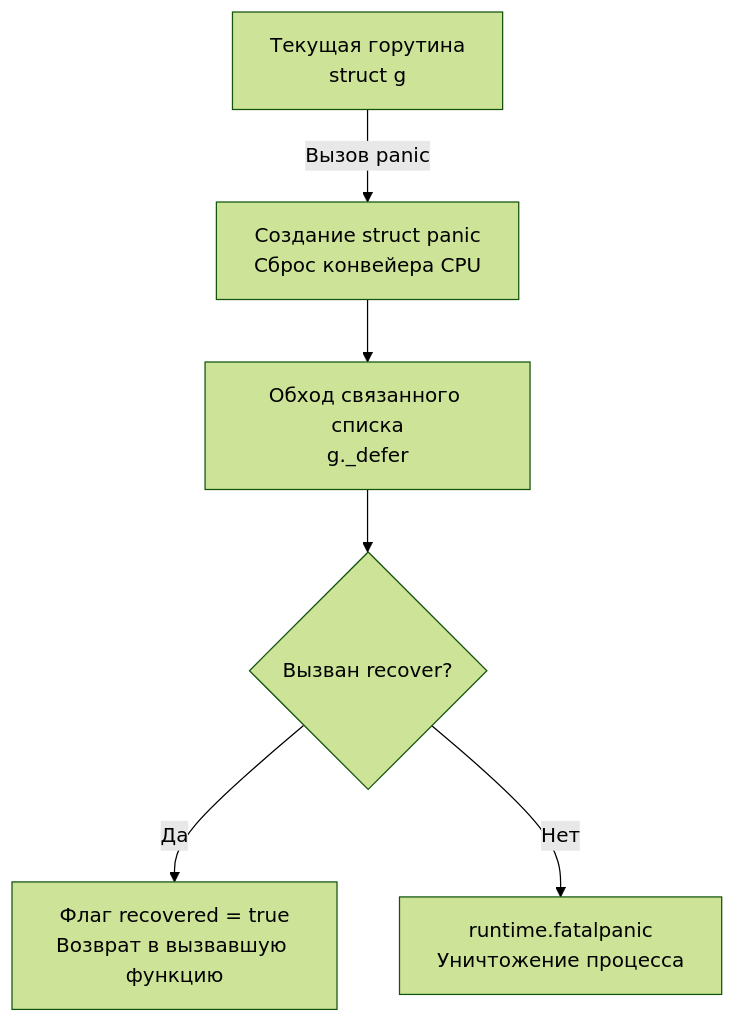
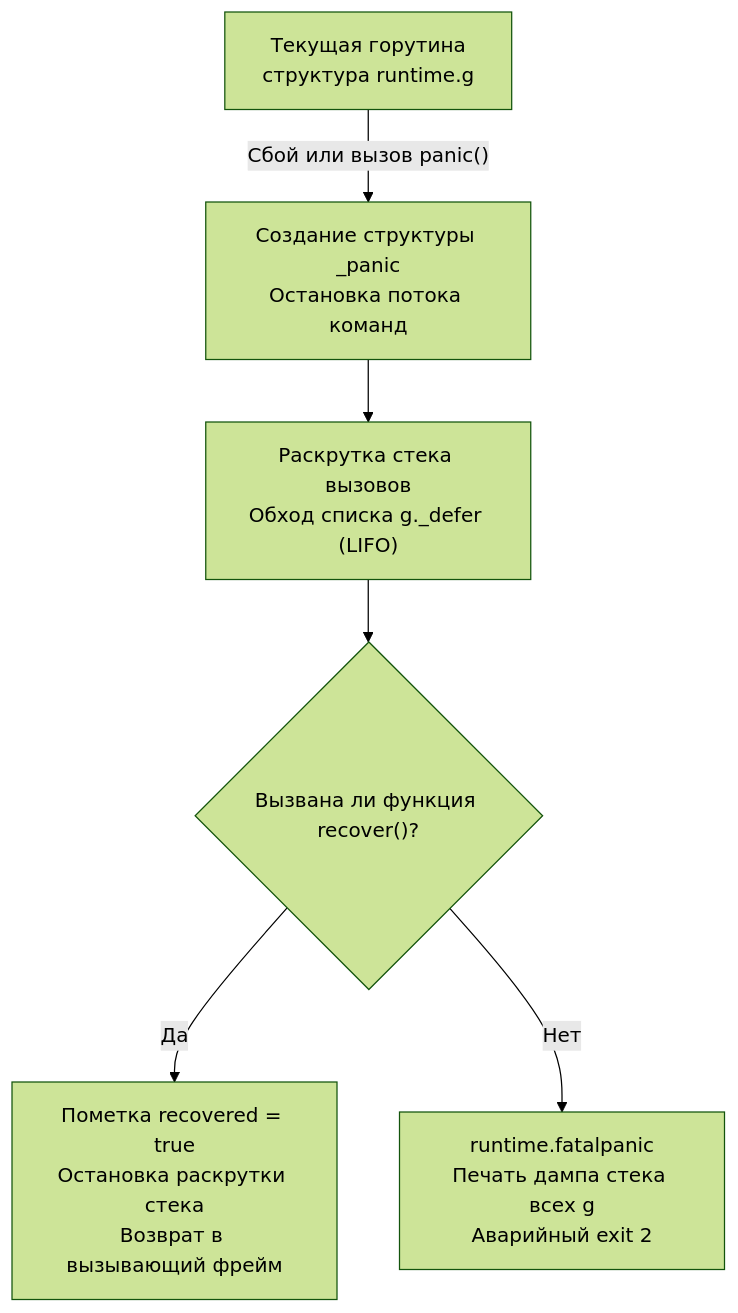
The diagram in sources/4. История и философия Go/11. Panic и Recover. Когда они нужны, а когда вредны.md (UnrealTemplier/go-textbook), drawn with Mermaid (forest theme) before and after one commit. The commit also changed other lines of this file, not shown here.

Commit message:
feat(module-04): editorial rewrite of Lecture 11 (Panic and Recover. When they are needed and when harmful) in Kernighan style

````diff
--- a/sources/4. История и философия Go/11. Panic и Recover. Когда они нужны, а когда вредны.md
+++ b/sources/4. История и философия Go/11. Panic и Recover. Когда они нужны, а когда вредны.md
@@ -21,8 +27,8 @@
 ```mermaid
 flowchart TD
-    A["Текущая горутина<br>struct g"] -->|"Вызов panic"| B["Создание struct panic<br>Сброс конвейера CPU"]
-    B --> C["Обход связанного списка<br>g._defer"]
-    C --> D{"Вызван recover?"}
-    D -->|"Да"| E["Флаг recovered = true<br>Возврат в вызвавшую функцию"]
-    D -->|"Нет"| F["runtime.fatalpanic<br>Уничтожение процесса"]
+    A["Текущая горутина<br>структура runtime.g"] -->|"Сбой или вызов panic()"| B["Создание структуры _panic<br>Остановка потока команд"]
+    B --> C["Раскрутка стека вызовов<br>Обход списка g._defer (LIFO)"]
+    C --> D{"Вызвана ли функция recover()?"}
+    D -->|"Да"| E["Пометка recovered = true<br>Остановка раскрутки стека<br>Возврат в вызывающий фрейм"]
+    D -->|"Нет"| F["runtime.fatalpanic<br>Печать дампа стека всех g<br>Аварийный exit 2"]
 ```
````
